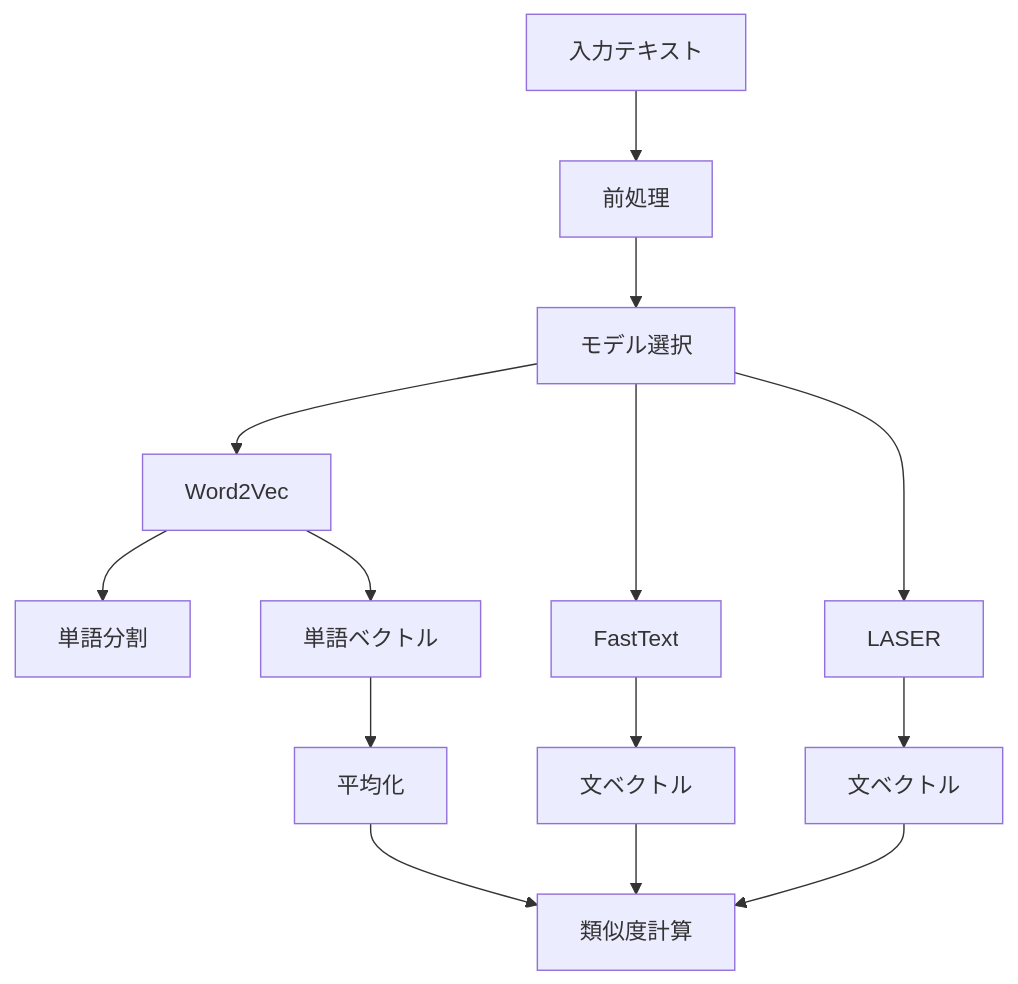
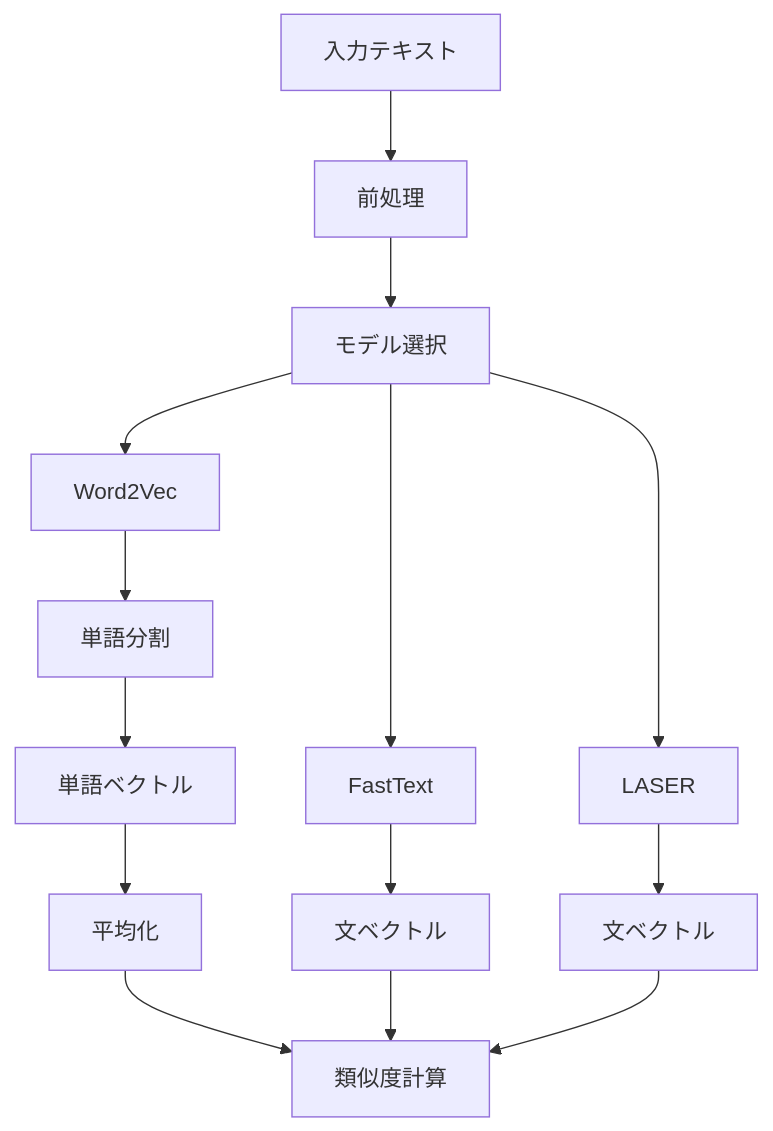
One commit to YL08140921/Task-Manager-for-Slack-bot changed the diagram in docs/components/embeddings.md. Above: the diagram before and after it, drawn with Mermaid. The commit also changed other lines of this file, not shown here.

````diff
--- a/docs/components/embeddings.md
+++ b/docs/components/embeddings.md
@@ -337,20 +361,20 @@
 ```mermaid
 graph TD
     A[入力テキスト] --> B[前処理]
     B --> C[モデル選択]
     
     C --> D1[Word2Vec]
     C --> D2[FastText]
     C --> D3[LASER]
     
     D1 --> E1[単語分割]
-    D1 --> E2[単語ベクトル]
+    E1 --> E2[単語ベクトル]
     E2 --> F1[平均化]
     
-    D2 --> E3[文ベクトル]
-    D3 --> E4[文ベクトル]
+    D2 --> F2[文ベクトル]
+    D3 --> F3[文ベクトル]
     
     F1 --> G[類似度計算]
-    E3 --> G
-    E4 --> G
+    F2 --> G
+    F3 --> G
 ```
````
